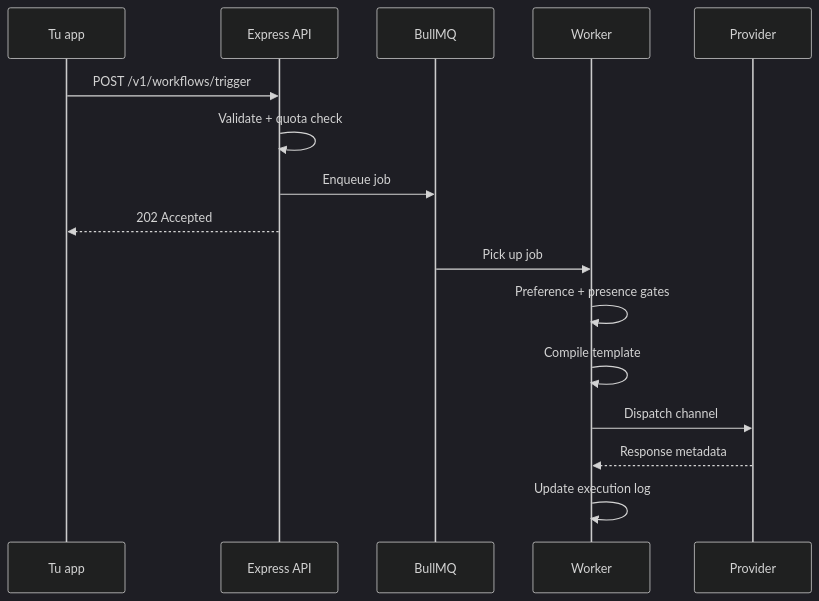
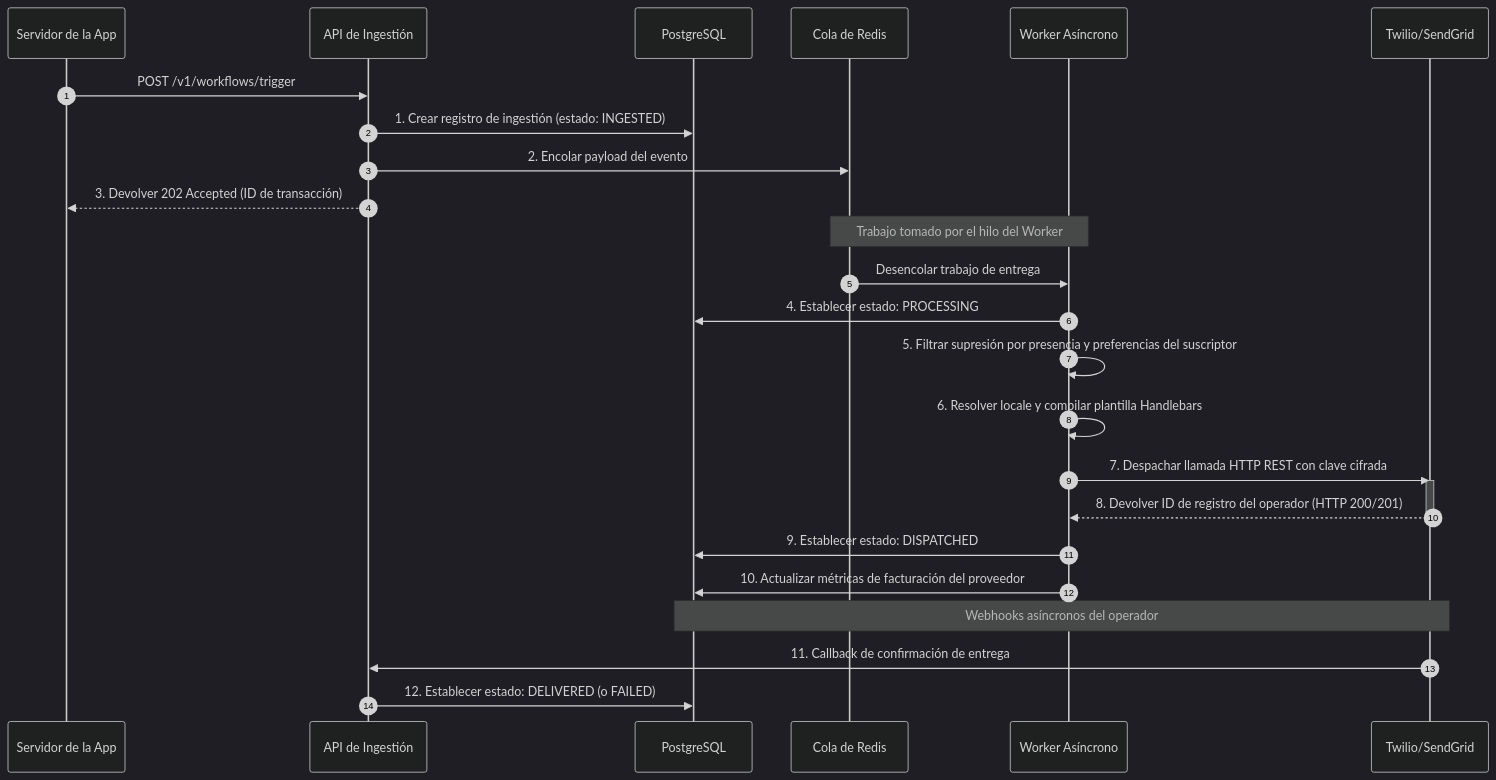
Before and after one commit to KriyanshKhunt/nexus_docs: the diagram in content/docs/es/platform/concepts/delivery-pipeline.mdx, drawn with Mermaid (dark theme). The commit also changed other lines of this file and 24 other files, not shown here.

````diff
--- a/content/docs/es/platform/concepts/delivery-pipeline.mdx
+++ b/content/docs/es/platform/concepts/delivery-pipeline.mdx
@@ -8,19 +16,32 @@
 ```mermaid
 sequenceDiagram
-  participant App as Tu app
-  participant API as Express API
-  participant Q as BullMQ
-  participant W as Worker
-  participant P as Provider
+    autonumber
+    participant App as Servidor de la App
+    participant API as API de Ingestión
+    participant DB as PostgreSQL
+    participant Q as Cola de Redis
+    participant W as Worker Asíncrono
+    participant Carrier as Twilio/SendGrid
 
-  App->>API: POST /v1/workflows/trigger
-  API->>API: Validate + quota check
-  API->>Q: Enqueue job
-  API-->>App: 202 Accepted
-  Q->>W: Pick up job
-  W->>W: Preference + presence gates
-  W->>W: Compile template
-  W->>P: Dispatch channel
-  P-->>W: Response metadata
-  W->>W: Update execution log
+    App->>API: POST /v1/workflows/trigger
+    API->>DB: 1. Crear registro de ingestión (estado: INGESTED)
+    API->>Q: 2. Encolar payload del evento
+    API-->>App: 3. Devolver 202 Accepted (ID de transacción)
+
+    Note over Q, W: Trabajo tomado por el hilo del Worker
+    Q->>W: Desencolar trabajo de entrega
+    W->>DB: 4. Establecer estado: PROCESSING
+    W->>W: 5. Filtrar supresión por presencia y preferencias del suscriptor
+    W->>W: 6. Resolver locale y compilar plantilla Handlebars
+    W->>Carrier: 7. Despachar llamada HTTP REST con clave cifrada
+    activate Carrier
+    Carrier-->>W: 8. Devolver ID de registro del operador (HTTP 200/201)
+    deactivate Carrier
+
+    W->>DB: 9. Establecer estado: DISPATCHED
+    W->>DB: 10. Actualizar métricas de facturación del proveedor
+
+    Note over Carrier, DB: Webhooks asíncronos del operador
+    Carrier->>API: 11. Callback de confirmación de entrega
+    API->>DB: 12. Establecer estado: DELIVERED (o FAILED)
 ```
````
